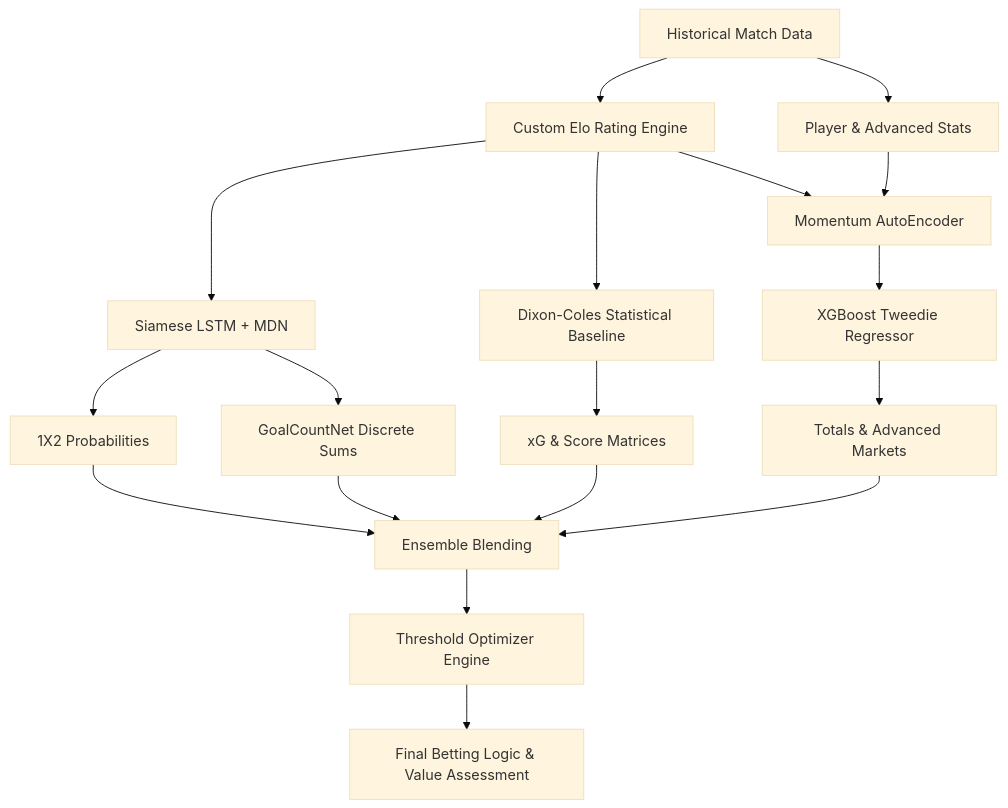
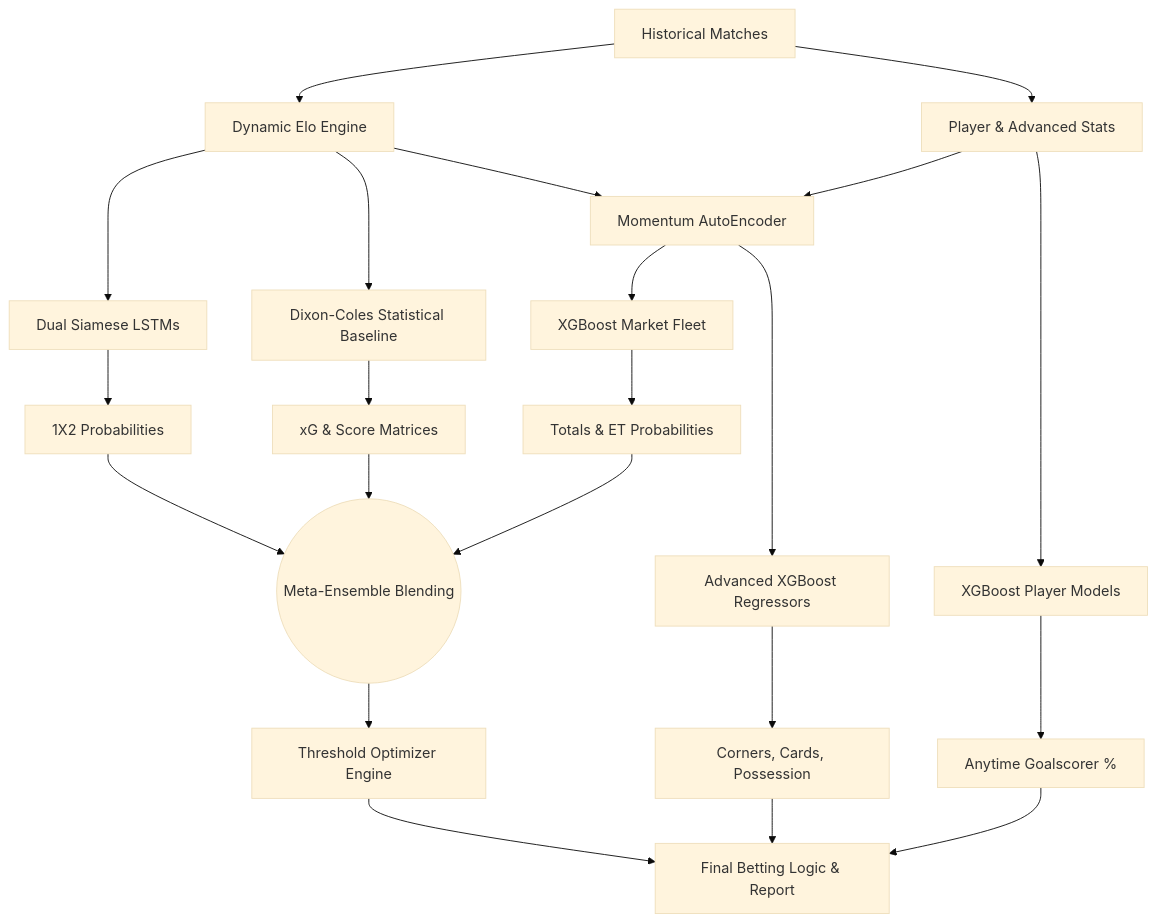
The diagram in README.md (albertorblan06/FutPredict), drawn with Mermaid (base theme) before and after one commit. The commit also changed other lines of this file and 11 other files, not shown here.

Commit message:
Codebase Sync: Update to v4.0 Meta-Ensemble engine and advanced backtesting

````diff
--- a/README.md
+++ b/README.md
@@ -32,27 +36,30 @@
 ```mermaid
 graph TD
-    A[Historical Match Data] --> B[Custom Elo Rating Engine]
+    A[Historical Matches] --> B[Dynamic Elo Engine]
     A --> C[Player & Advanced Stats]
     
-    B --> D[Siamese LSTM + MDN]
+    B --> D[Dual Siamese LSTMs]
     B --> E[Dixon-Coles Statistical Baseline]
     B --> F[Momentum AutoEncoder]
     
     C --> F
-    F --> G[XGBoost Tweedie Regressor]
+    C --> P[XGBoost Player Models]
+    
+    F --> G[XGBoost Market Fleet]
+    F --> X[Advanced XGBoost Regressors]
     
     D --> H[1X2 Probabilities]
-    D --> I[GoalCountNet Discrete Sums]
+    E --> J[xG & Score Matrices]
+    G --> K[Totals & ET Probabilities]
+    P --> Q[Anytime Goalscorer %]
+    X --> Y[Corners, Cards, Possession]
     
-    E --> J[xG & Score Matrices]
-    
-    G --> K[Totals & Advanced Markets]
-    
-    H --> L[Ensemble Blending]
-    I --> L
+    H --> L((Meta-Ensemble Blending))
     J --> L
     K --> L
     
     L --> M[Threshold Optimizer Engine]
-    M --> N[Final Betting Logic & Value Assessment]
+    M --> N[Final Betting Logic & Report]
+    Q --> N
+    Y --> N
 ```
````
